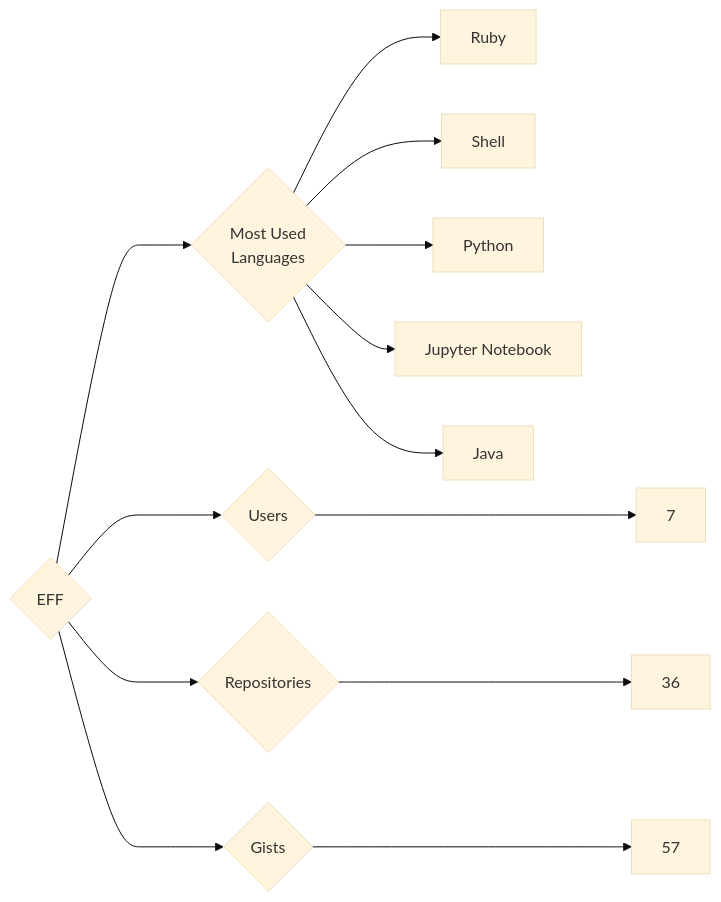
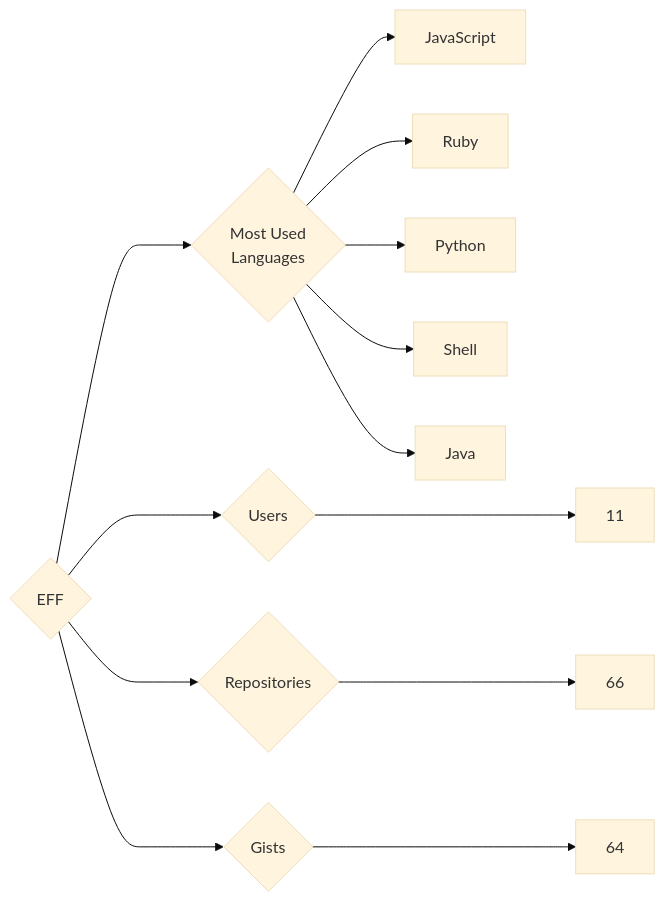
Before and after one commit to trickest/insiders: the diagram in targets/EFF/README.md, drawn with Mermaid (base theme). The commit also changed 614 other files, not shown here.

````diff
--- a/targets/EFF/README.md
+++ b/targets/EFF/README.md
@@ -3,13 +3,13 @@
 ```mermaid
 graph LR
 COMPANY_NAME{EFF}
-COMPANY_NAME ---> U{Users} ---> UN[7]
-COMPANY_NAME ---> R{Repositories} ---> RN[36]
-COMPANY_NAME ---> G{Gists} ---> GN[57]
+COMPANY_NAME ---> U{Users} ---> UN[11]
+COMPANY_NAME ---> R{Repositories} ---> RN[66]
+COMPANY_NAME ---> G{Gists} ---> GN[64]
 COMPANY_NAME ---> ML{Most Used<br>Languages}
+ML --> JavaScript[JavaScript]
 ML --> Ruby[Ruby]
+ML --> Python[Python]
 ML --> Shell[Shell]
-ML --> Python[Python]
-ML --> Jupyter_Notebook[Jupyter Notebook]
 ML --> Java[Java]
 ```
````
